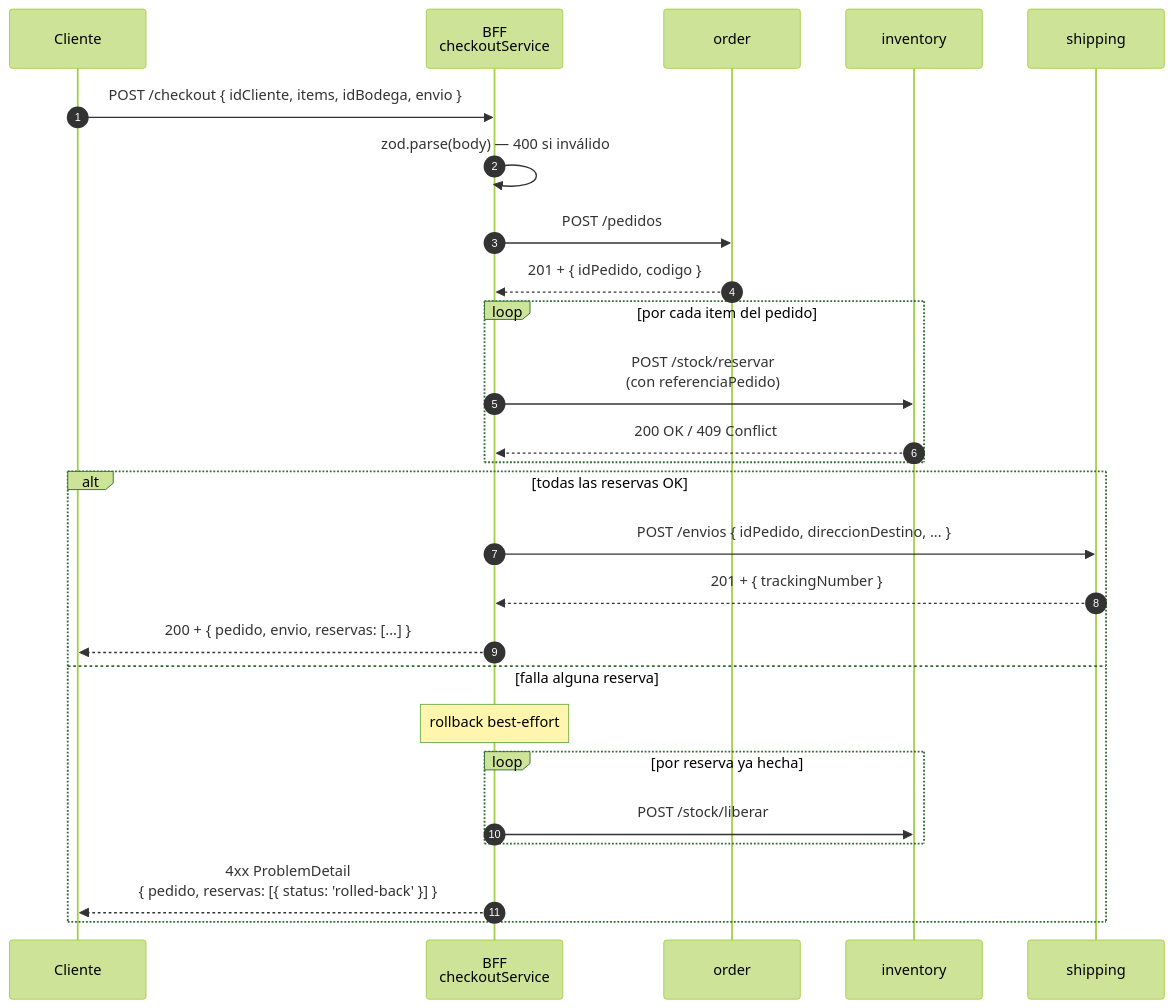
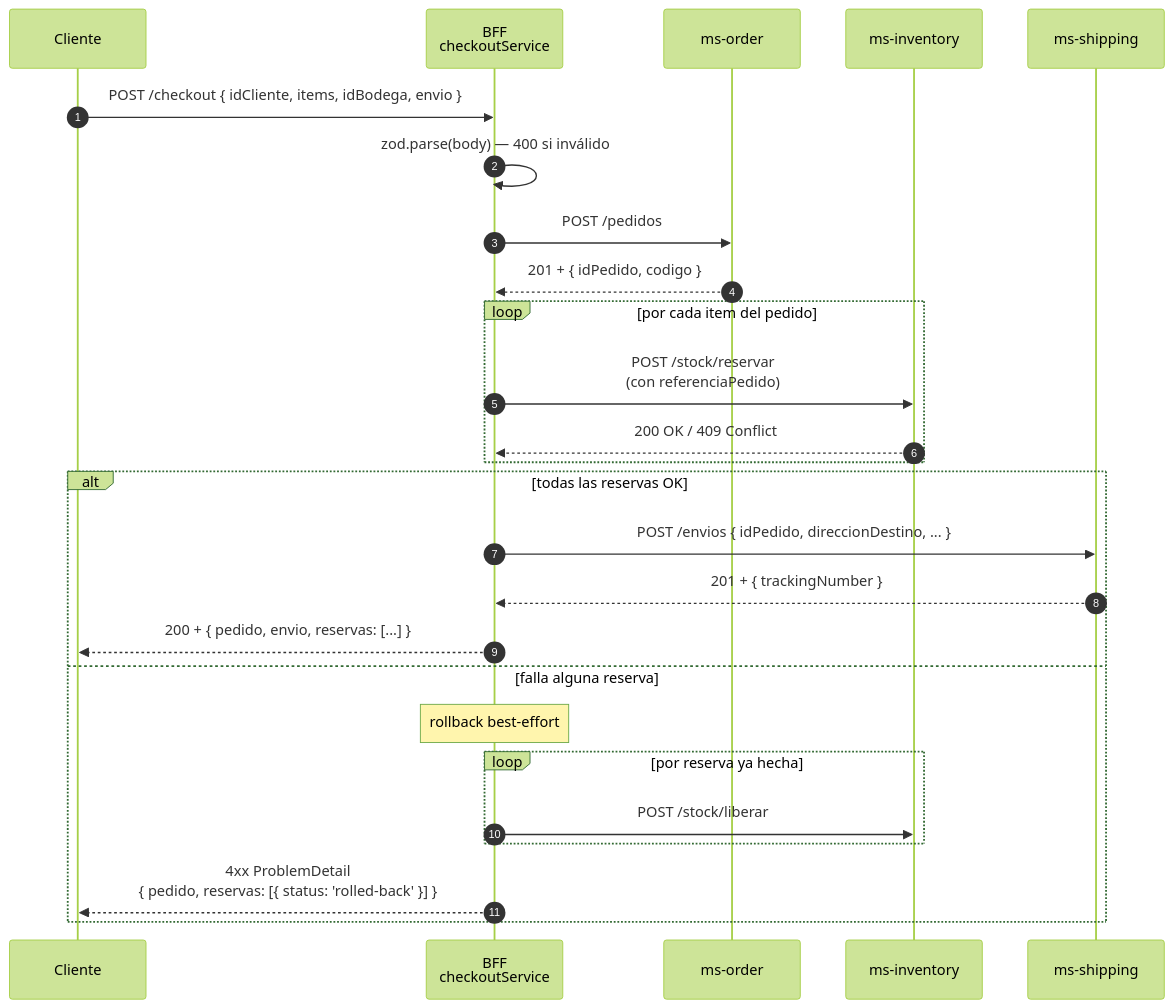
Before and after one commit to smartLogixfs/smartlogixs: the third of 3 diagrams in backend/bff/README.md, drawn with Mermaid (forest theme). The commit also changed other lines of this file and 160 other files, not shown here.

````diff
--- a/backend/bff/README.md
+++ b/backend/bff/README.md
@@ -120,31 +120,31 @@
 ```mermaid
 sequenceDiagram
     autonumber
     participant C as Cliente
     participant B as BFF<br/>checkoutService
-    participant O as order
-    participant I as inventory
-    participant S as shipping
+    participant O as ms-order
+    participant I as ms-inventory
+    participant S as ms-shipping
 
     C->>B: POST /checkout { idCliente, items, idBodega, envio }
     B->>B: zod.parse(body) — 400 si inválido
     B->>O: POST /pedidos
     O-->>B: 201 + { idPedido, codigo }
 
     loop por cada item del pedido
         B->>I: POST /stock/reservar<br/>(con referenciaPedido)
         I-->>B: 200 OK / 409 Conflict
     end
 
     alt todas las reservas OK
         B->>S: POST /envios { idPedido, direccionDestino, ... }
         S-->>B: 201 + { trackingNumber }
         B-->>C: 200 + { pedido, envio, reservas: [...] }
     else falla alguna reserva
         Note over B: rollback best-effort
         loop por reserva ya hecha
             B->>I: POST /stock/liberar
         end
         B-->>C: 4xx ProblemDetail<br/>{ pedido, reservas: [{ status: 'rolled-back' }] }
     end
 ```
````
